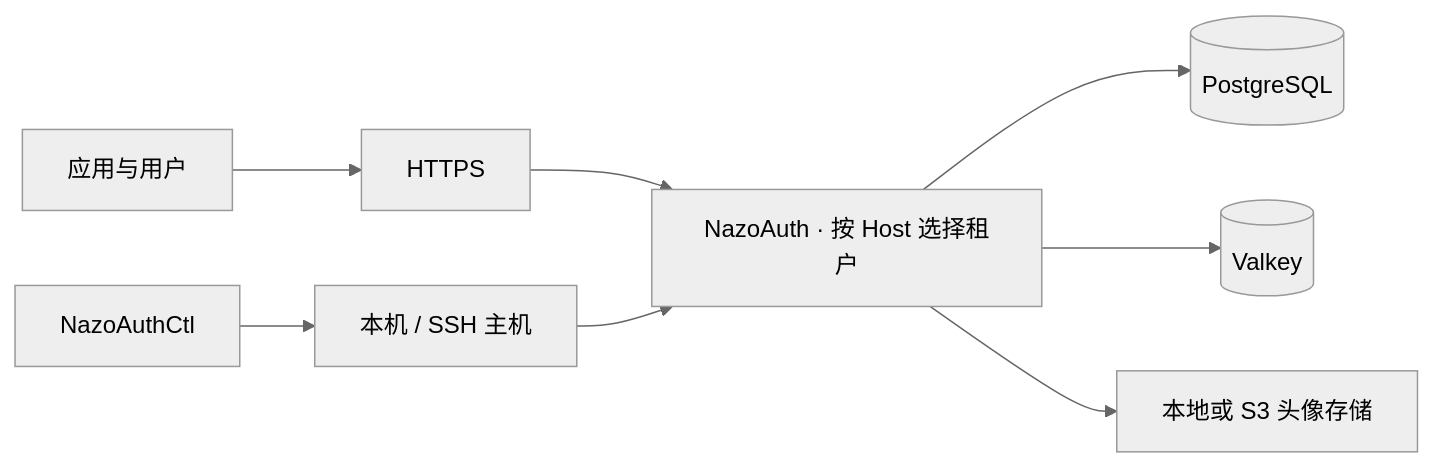
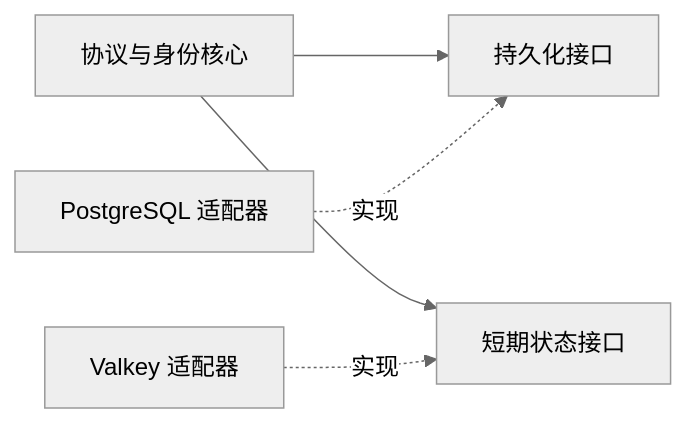
The diagram in README.zh-CN.md (bymoye/oauth2), drawn with Mermaid (neutral theme) before and after one commit. The commit also changed other lines of this file and 6 other files, not shown here.

```diff
--- a/README.zh-CN.md
+++ b/README.zh-CN.md
@@ -106,10 +131,7 @@
 ~~~mermaid
 flowchart LR
-    Apps["应用与用户"] --> TLS["HTTPS"]
-    TLS --> Server["NazoAuth · 按 Host 选择租户"]
-    Server --> PG[("PostgreSQL")]
-    Server --> VK[("Valkey")]
-    Server --> Objects["本地或 S3 头像存储"]
-    Ctl["NazoAuthCtl"] --> Host["本机 / SSH 主机"]
-    Host --> Server
+    Core["协议与身份核心"] --> Persistence["持久化接口"]
+    Core --> State["短期状态接口"]
+    PG["PostgreSQL 适配器"] -. 实现 .-> Persistence
+    VK["Valkey 适配器"] -. 实现 .-> State
 ~~~
```
